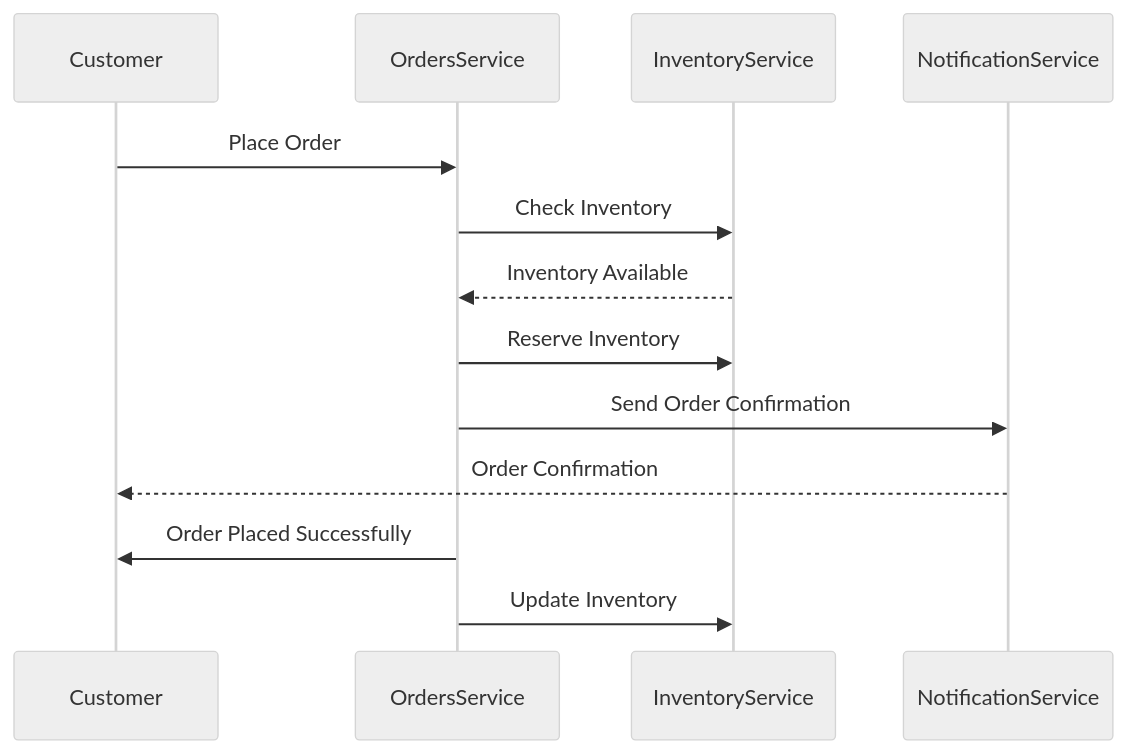
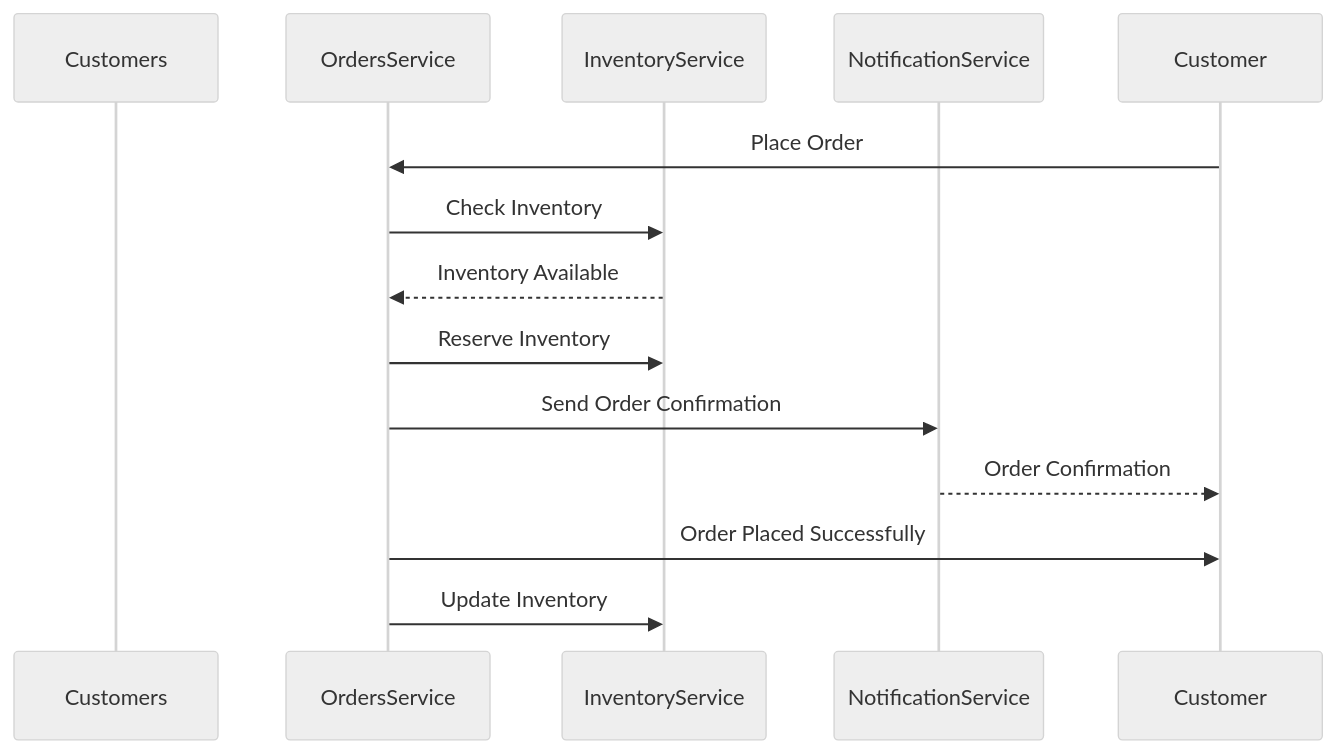
Before and after one commit to Khrisseh1995/event-catalogue-test-2: the diagram in catalog/domains/Orders/index.md, drawn with Mermaid (neutral theme).

````diff
--- a/catalog/domains/Orders/index.md
+++ b/catalog/domains/Orders/index.md
@@ -43,16 +43,16 @@
 ```mermaid
 sequenceDiagram
-    participant Customer
+    participant Customers
     participant OrdersService
     participant InventoryService
     participant NotificationService
 
     Customer->>OrdersService: Place Order
     OrdersService->>InventoryService: Check Inventory
     InventoryService-->>OrdersService: Inventory Available
     OrdersService->>InventoryService: Reserve Inventory
     OrdersService->>NotificationService: Send Order Confirmation
     NotificationService-->>Customer: Order Confirmation
     OrdersService->>Customer: Order Placed Successfully
     OrdersService->>InventoryService: Update Inventory
 ```
````
